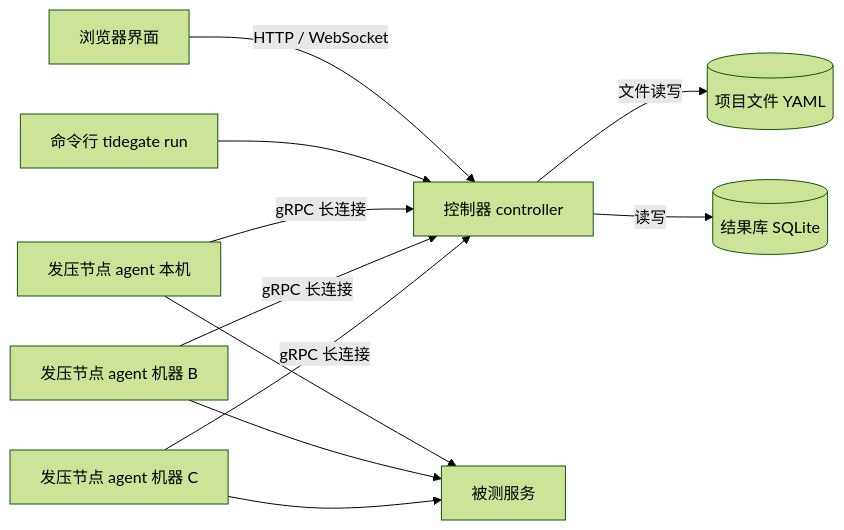
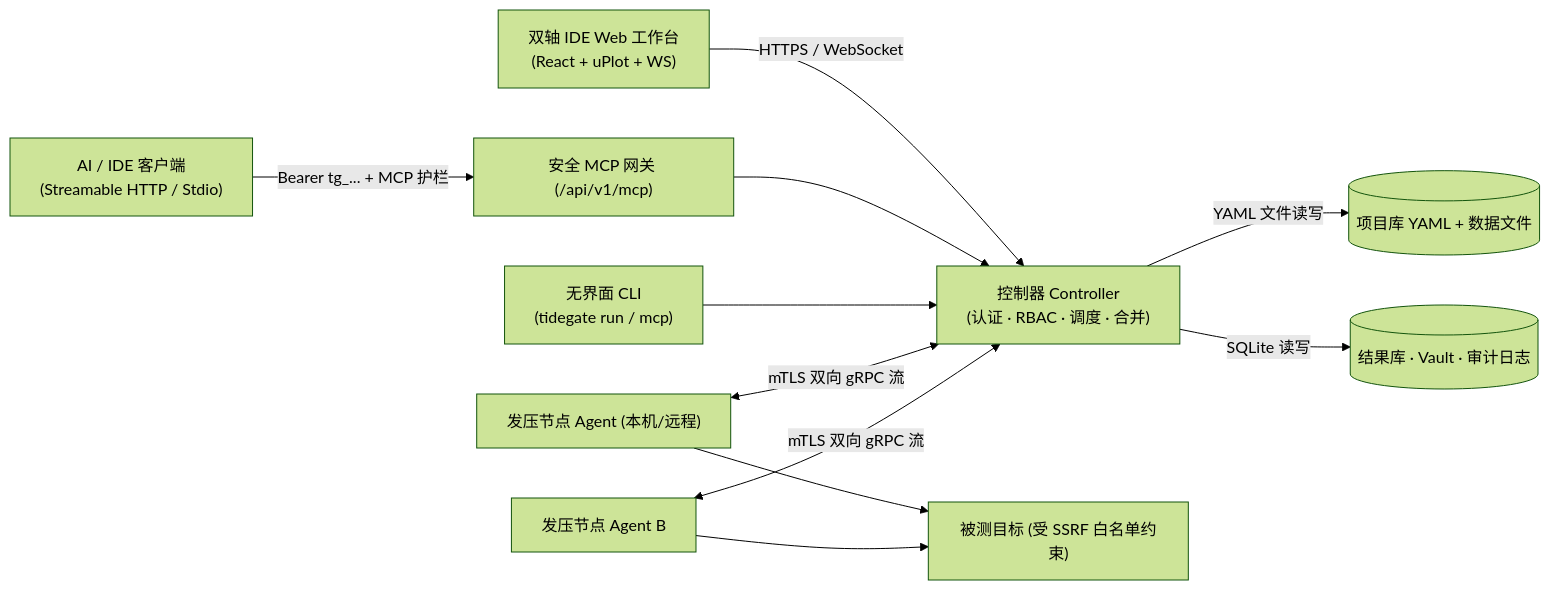
One commit to whyy1/tidegate changed the diagram in docs/product-plan.md. Above: the diagram before and after it, drawn with Mermaid (forest theme). The commit also changed other lines of this file and 39 other files, not shown here.

Commit message:
feat: 安全审计加固、MCP 协议服务端、Precision Tidal Web UI 重构与功能文档同步

````diff
--- a/docs/product-plan.md
+++ b/docs/product-plan.md
@@ -39,13 +35,13 @@
 ```mermaid
 flowchart LR
-    UI[浏览器界面] -- HTTP / WebSocket --> C[控制器 controller]
-    CLI[命令行 tidegate run] --> C
-    C -- 文件读写 --> P[(项目文件 YAML)]
-    C -- 读写 --> R[(结果库 SQLite)]
-    A1[发压节点 agent 本机] -- gRPC 长连接 --> C
-    A2[发压节点 agent 机器 B] -- gRPC 长连接 --> C
-    A3[发压节点 agent 机器 C] -- gRPC 长连接 --> C
-    A1 --> T[被测服务]
+    UI["双轴 IDE Web 工作台\n(React + uPlot + WS)"] -- HTTPS / WebSocket --> C["控制器 Controller\n(认证 · RBAC · 调度 · 合并)"]
+    AI["AI / IDE 客户端\n(Streamable HTTP / Stdio)"] -- "Bearer tg_... + MCP 护栏" --> MCP["安全 MCP 网关 (/api/v1/mcp)"]
+    MCP --> C
+    CLI["无界面 CLI\n(tidegate run / mcp)"] --> C
+    C -- YAML 文件读写 --> P[("项目库 YAML + 数据文件")]
+    C -- SQLite 读写 --> R[("结果库 · Vault · 审计日志")]
+    A1["发压节点 Agent (本机/远程)"] <-- "mTLS 双向 gRPC 流" --> C
+    A2["发压节点 Agent B"] <-- "mTLS 双向 gRPC 流" --> C
+    A1 --> T["被测目标 (受 SSRF 白名单约束)"]
     A2 --> T
-    A3 --> T
 ```
````
